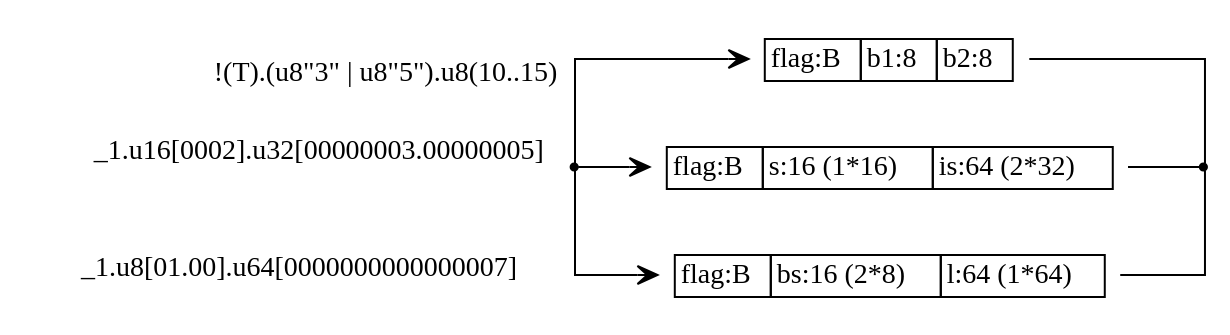
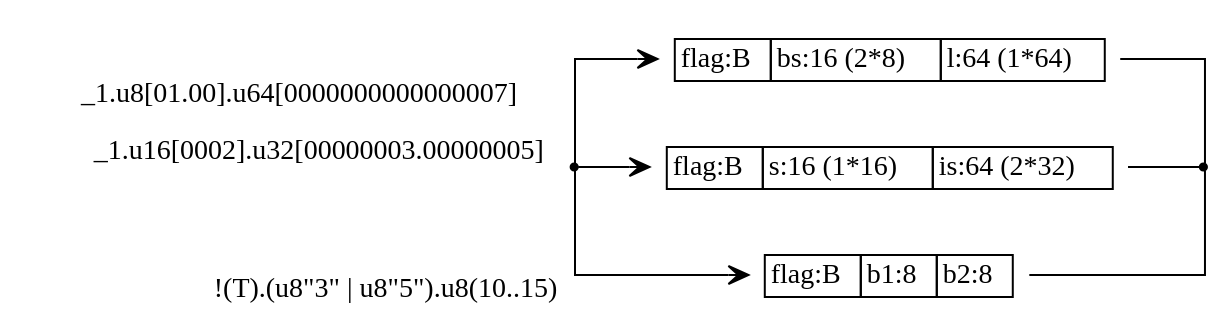
The diagram in src/predunion/complex/predunion-complex-spec.dot (sireum/bitcodec-examples), drawn with Graphviz before and after one commit. The commit also changed 15 other files, not shown here.

```diff
--- a/src/predunion/complex/predunion-complex-spec.dot
+++ b/src/predunion/complex/predunion-complex-spec.dot
@@ -1,31 +1,31 @@
 digraph G {
   rankdir = LR;
   graph [splines=ortho];
   node [shape=plaintext];
   edge [arrowhead=vee];
 
   n0 [shape=point];
   n1 [label=<
-    <TABLE BORDER="0" CELLBORDER="1" CELLSPACING="0" TOOLTIP="Foo.bazzz" HREF="#">
-      <TR><TD>flag:B</TD><TD>b1:8</TD><TD>b2:8</TD></TR>
+    <TABLE BORDER="0" CELLBORDER="1" CELLSPACING="0" TOOLTIP="Foo.baz" HREF="#">
+      <TR><TD>flag:B</TD><TD>bs:16 (2*8)</TD><TD>l:64 (1*64)</TD></TR>
     </TABLE>
   >];
   n2 [label=<
     <TABLE BORDER="0" CELLBORDER="1" CELLSPACING="0" TOOLTIP="Foo.bazz" HREF="#">
       <TR><TD>flag:B</TD><TD>s:16 (1*16)</TD><TD>is:64 (2*32)</TD></TR>
     </TABLE>
   >];
   n3 [label=<
-    <TABLE BORDER="0" CELLBORDER="1" CELLSPACING="0" TOOLTIP="Foo.baz" HREF="#">
-      <TR><TD>flag:B</TD><TD>bs:16 (2*8)</TD><TD>l:64 (1*64)</TD></TR>
+    <TABLE BORDER="0" CELLBORDER="1" CELLSPACING="0" TOOLTIP="Foo.bazzz" HREF="#">
+      <TR><TD>flag:B</TD><TD>b1:8</TD><TD>b2:8</TD></TR>
     </TABLE>
   >];
   n4 [shape=point];
 
-  n0 -> n1 [xlabel="!(T).(u8\"3\" | u8\"5\").u8(10..15)"];
+  n0 -> n1 [xlabel="_1.u8[01.00].u64[0000000000000007]"];
   n0 -> n2 [xlabel="_1.u16[0002].u32[00000003.00000005]"];
-  n0 -> n3 [xlabel="_1.u8[01.00].u64[0000000000000007]"];
+  n0 -> n3 [xlabel="!(T).(u8\"3\" | u8\"5\").u8(10..15)"];
+  n3 -> n4 [arrowhead=none];
   n2 -> n4 [arrowhead=none];
-  n3 -> n4 [arrowhead=none];
   n1 -> n4 [arrowhead=none];
 }
```
